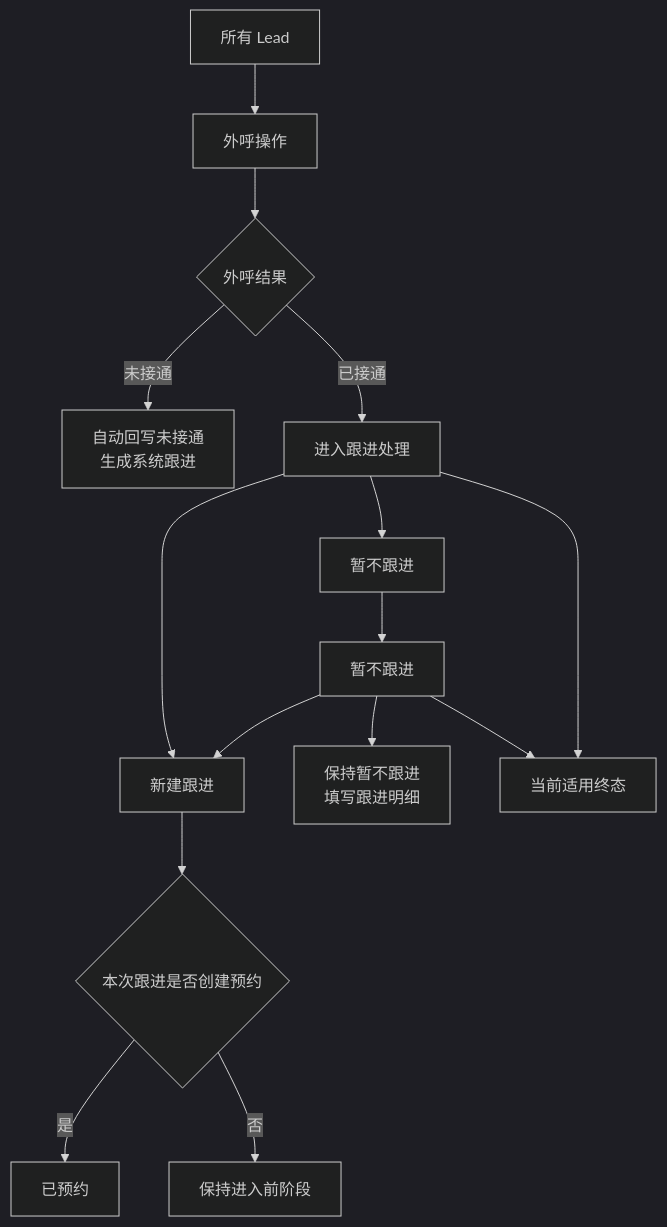
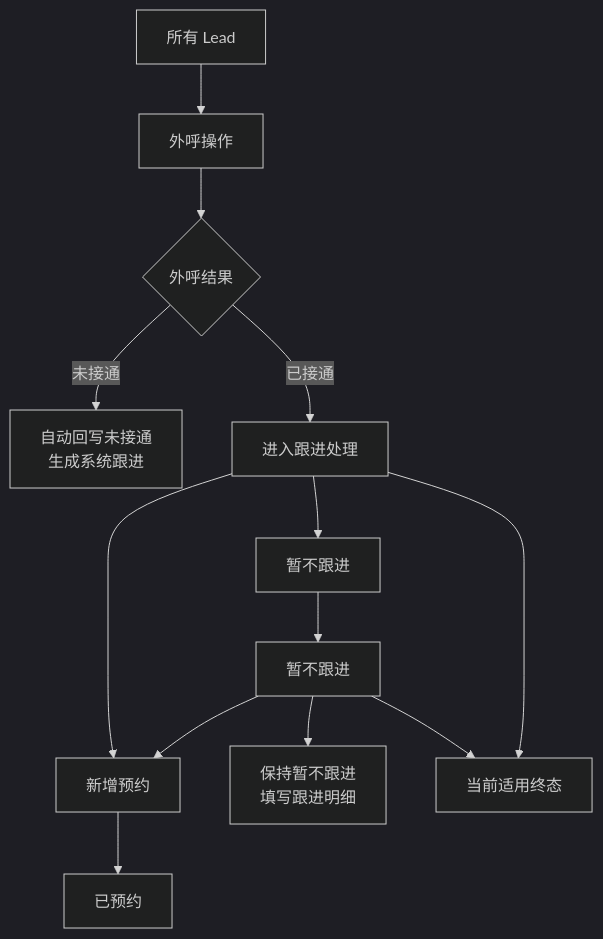
Before and after one commit to h3-ai-lab/hhhprd: the diagram in projects/paused-follow-up-direct-outcome/prd/PRD.md, drawn with Mermaid (dark theme). The commit also changed other lines of this file and 6 other files, not shown here.

````diff
--- a/projects/paused-follow-up-direct-outcome/prd/PRD.md
+++ b/projects/paused-follow-up-direct-outcome/prd/PRD.md
@@ -97,21 +97,19 @@
 ```mermaid
 flowchart TD
     A[所有 Lead] --> B[外呼操作]
     B --> C{外呼结果}
     C -->|未接通| D[自动回写未接通<br/>生成系统跟进]
     C -->|已接通| E[进入跟进处理]
 
-    E --> F[新建跟进]
+    E --> F[新增预约]
     E --> G[暂不跟进]
     E --> H[当前适用终态]
 
-    F --> I{本次跟进是否创建预约}
-    I -->|是| J[已预约]
-    I -->|否| K[保持进入前阶段]
+    F --> J[已预约]
 
     G --> P[暂不跟进]
 
     P --> F
     P --> P2[保持暂不跟进<br/>填写跟进明细]
     P --> H
 ```
````
